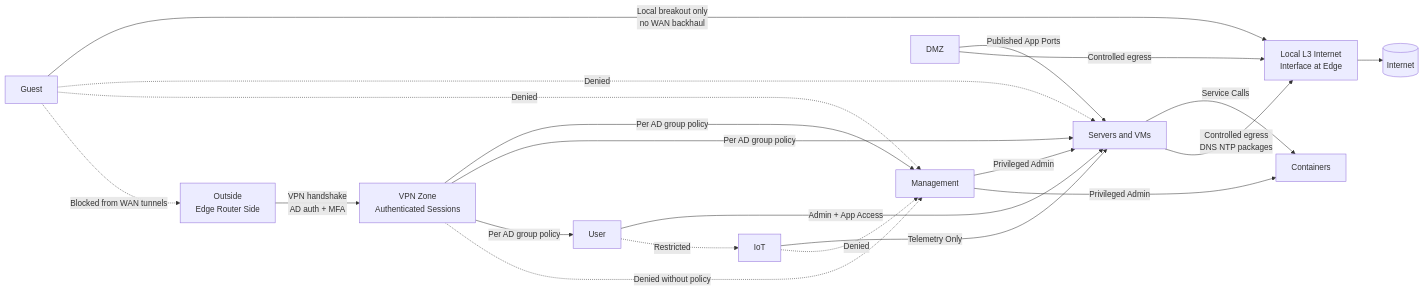
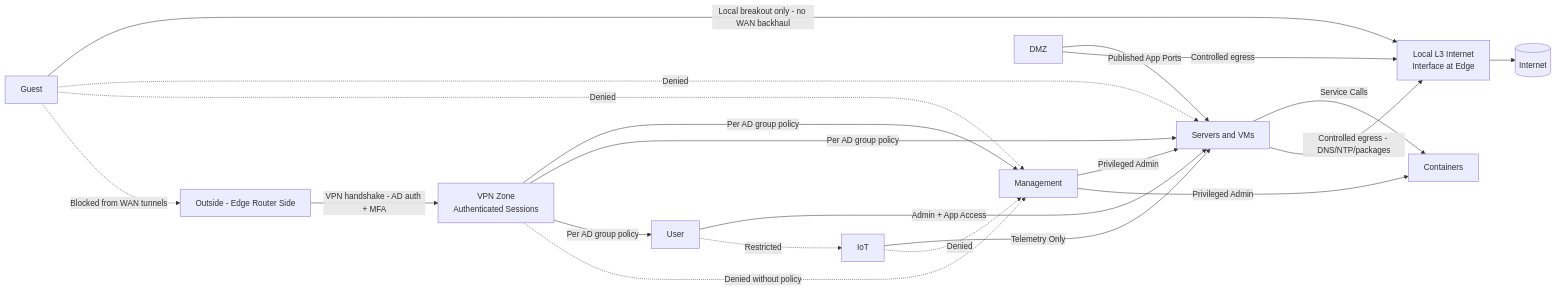
Before and after one commit to pancakesaregood/distributed-dc: the diagram in network-spanned-dc/docs/03_diagrams/segmentation.mmd.md, drawn with Mermaid. The commit also changed 8 other files, not shown here.

````diff
--- a/network-spanned-dc/docs/03_diagrams/segmentation.mmd.md
+++ b/network-spanned-dc/docs/03_diagrams/segmentation.mmd.md
@@ -5,37 +5,37 @@
 ```mermaid
 graph LR
-  OUTSIDE[Outside\nEdge Router Side]
-  VPN[VPN Zone\nAuthenticated Sessions]
+  OUTSIDE["Outside - Edge Router Side"]
+  VPN["VPN Zone<br/>Authenticated Sessions"]
   MGMT[Management]
   SRV[Servers and VMs]
   CTR[Containers]
   USR[User]
   IOT[IoT]
   GST[Guest]
   DMZ[DMZ]
   INT[(Internet)]
-  L3OUT[Local L3 Internet\nInterface at Edge]
+  L3OUT["Local L3 Internet<br/>Interface at Edge"]
 
-  OUTSIDE -->|VPN handshake\nAD auth + MFA| VPN
+  OUTSIDE -->|VPN handshake - AD auth + MFA| VPN
   VPN -->|Per AD group policy| MGMT
   VPN -->|Per AD group policy| SRV
   VPN -->|Per AD group policy| USR
 
   USR -->|Admin + App Access| SRV
   SRV -->|Service Calls| CTR
   DMZ -->|Published App Ports| SRV
   MGMT -->|Privileged Admin| SRV
   MGMT -->|Privileged Admin| CTR
   IOT -->|Telemetry Only| SRV
-  GST -->|Local breakout only\nno WAN backhaul| L3OUT
+  GST -->|Local breakout only - no WAN backhaul| L3OUT
   L3OUT --> INT
-  SRV -->|Controlled egress\nDNS NTP packages| L3OUT
+  SRV -->|Controlled egress - DNS/NTP/packages| L3OUT
   DMZ -->|Controlled egress| L3OUT
 
   GST -.Denied.-> SRV
   GST -.Denied.-> MGMT
   GST -.Blocked from WAN tunnels.-> OUTSIDE
   IOT -.Denied.-> MGMT
   USR -.Restricted.-> IOT
   VPN -.Denied without policy.-> MGMT
 ```
````
